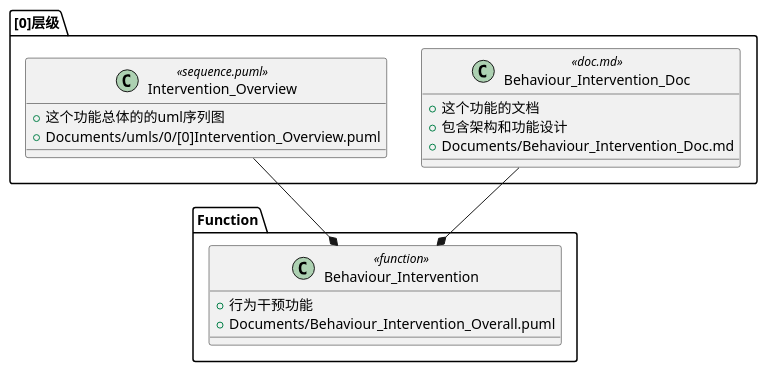
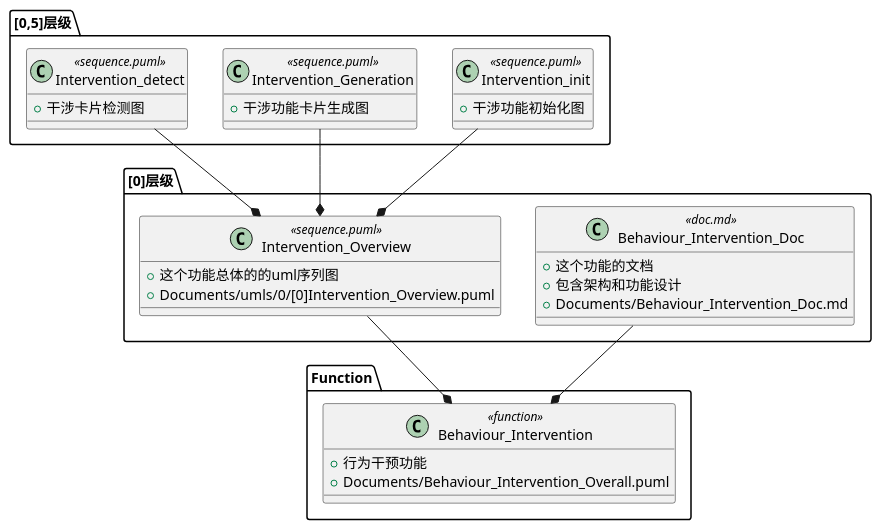
One commit to 67-68/Time-Integrator changed the diagram in documents/Behaviour_Intervention_Overall.puml. Above: the diagram before and after it, drawn with PlantUML. The commit also changed other lines of this file and 35 other files, not shown here.

```diff
--- a/documents/Behaviour_Intervention_Overall.puml
+++ b/documents/Behaviour_Intervention_Overall.puml
@@ -1,23 +1,39 @@
 @startuml
 package Function {
     class "Behaviour_Intervention" <<function>> {
         + 行为干预功能
         + Documents/Behaviour_Intervention_Overall.puml
     }
 }
 package [0]层级 {
     class "Behaviour_Intervention_Doc" <<doc.md>> {
         + 这个功能的文档
         + 包含架构和功能设计
         + Documents/Behaviour_Intervention_Doc.md
     }
     Behaviour_Intervention_Doc --* Behaviour_Intervention
 
     class "Intervention_Overview" <<sequence.puml>> {
         + 这个功能总体的的uml序列图
         + Documents/umls/0/[0]Intervention_Overview.puml
     }
     Intervention_Overview --* Behaviour_Intervention
 }
 
+package [0,5]层级 {
+    class "Intervention_init" <<sequence.puml>> {
+        + 干涉功能初始化图
+    }
+    Intervention_init --* Intervention_Overview
+
+    class "Intervention_Generation" <<sequence.puml>> {
+        + 干涉功能卡片生成图
+    }
+    Intervention_Generation --* Intervention_Overview
+
+    class "Intervention_detect" <<sequence.puml>> {
+        + 干涉卡片检测图
+    }
+    Intervention_detect --* Intervention_Overview
+}
 @enduml
```
